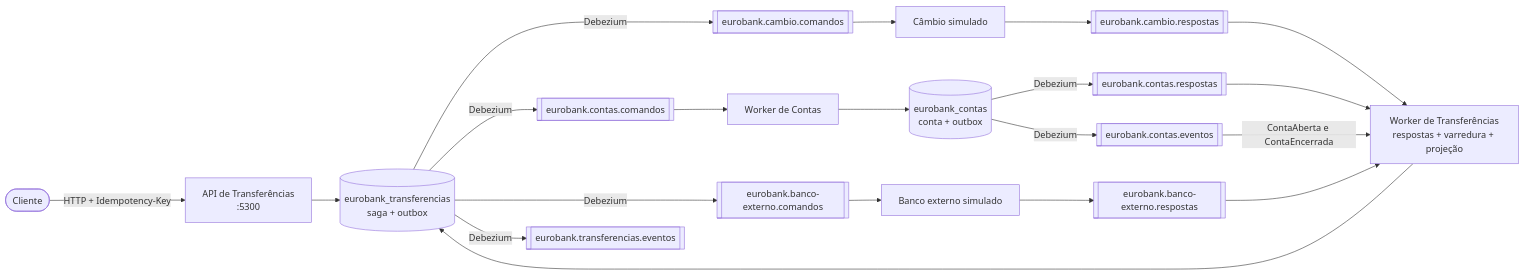
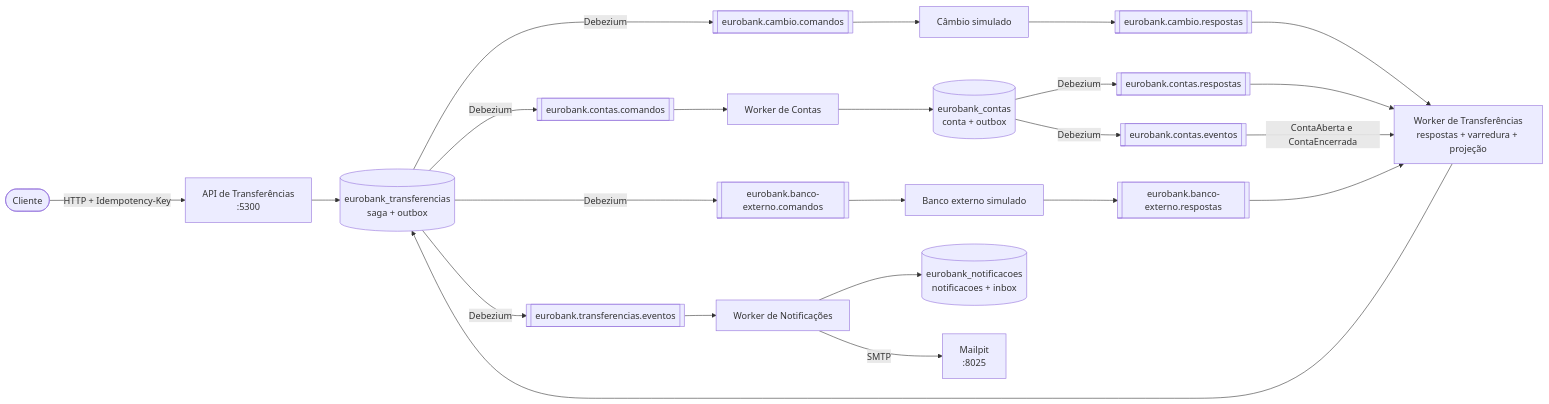
Before and after one commit to net0well/EuroBank: the fourth of 4 diagrams in README.md, drawn with Mermaid. The commit also changed other lines of this file and 1 other file, not shown here.

Commit message:
docs: readme e roteiro com notificações, carga das sagas e novos exercícios

````diff
--- a/README.md
+++ b/README.md
@@ -307,22 +379,25 @@
 ```mermaid
 flowchart LR
     cliente([Cliente]) -->|HTTP + Idempotency-Key| tapi[API de Transferências<br/>:5300]
     tapi --> pgt[(eurobank_transferencias<br/>saga + outbox)]
     tworker[Worker de Transferências<br/>respostas + varredura + projeção] --> pgt
     pgt -->|Debezium| xc[[eurobank.cambio.comandos]]
     pgt -->|Debezium| cc[[eurobank.contas.comandos]]
     pgt -->|Debezium| bc[[eurobank.banco-externo.comandos]]
     pgt -->|Debezium| te[[eurobank.transferencias.eventos]]
     xc --> cambio[Câmbio simulado]
     cambio --> xr[[eurobank.cambio.respostas]]
     cc --> cworker[Worker de Contas]
     cworker --> pgc[(eurobank_contas<br/>conta + outbox)]
     pgc -->|Debezium| cr[[eurobank.contas.respostas]]
     pgc -->|Debezium| ce[[eurobank.contas.eventos]]
     bc --> banco[Banco externo simulado]
     banco --> br[[eurobank.banco-externo.respostas]]
     xr --> tworker
     cr --> tworker
     br --> tworker
     ce -->|ContaAberta e ContaEncerrada| tworker
+    te --> nworker[Worker de Notificações]
+    nworker --> pgn[(eurobank_notificacoes<br/>notificacoes + inbox)]
+    nworker -->|SMTP| mailpit[Mailpit<br/>:8025]
 ```
````
